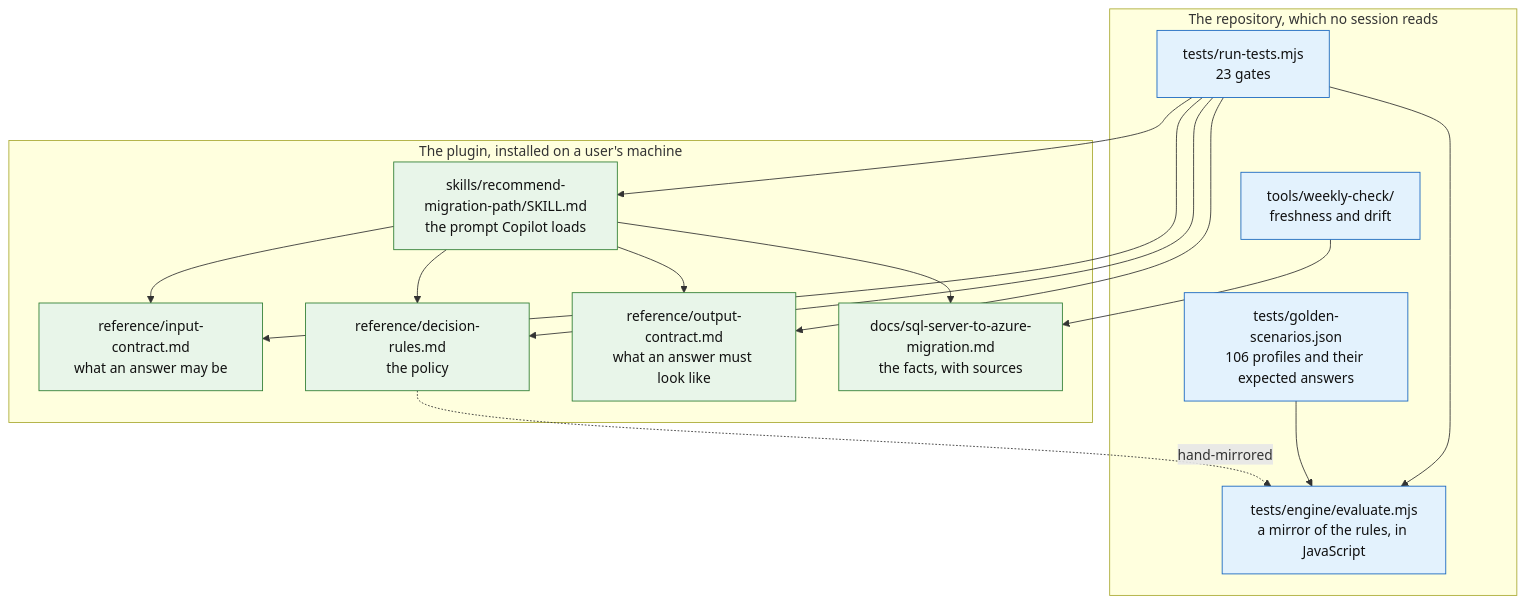
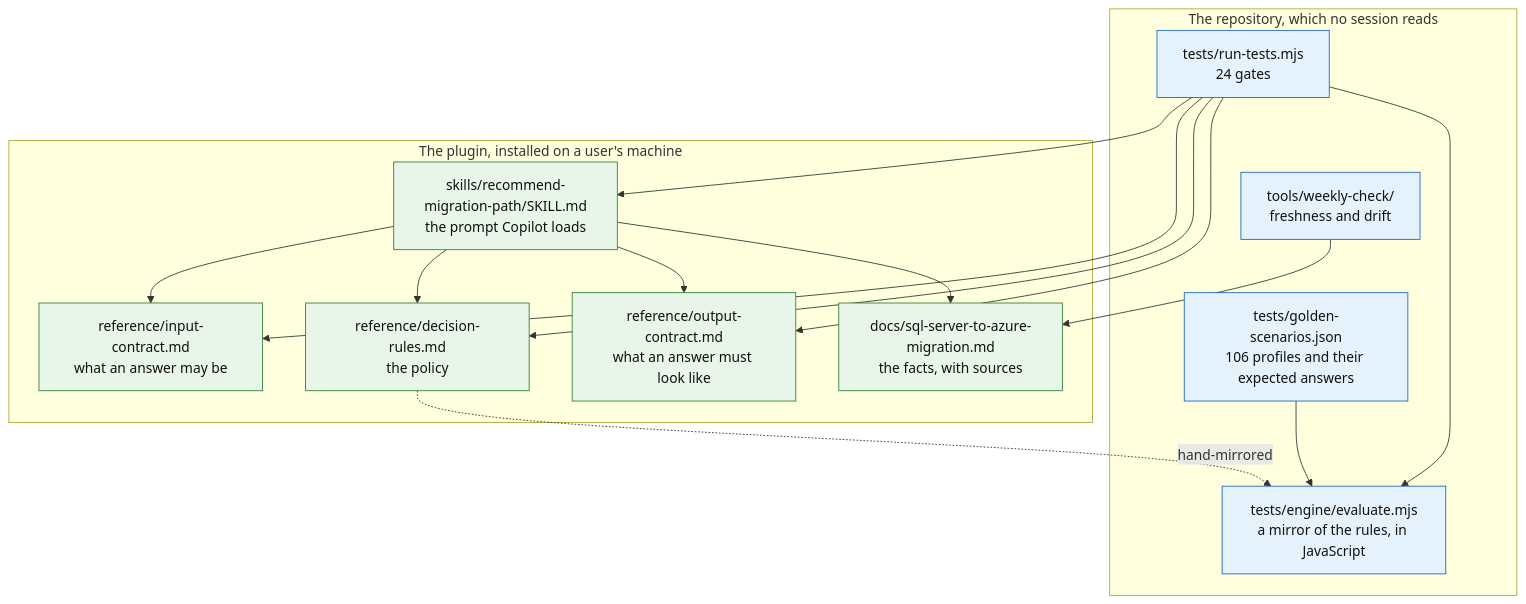
Before and after one commit to fredgis/sql-migration-advisor: the first of 3 diagrams in docs/ARCHITECTURE.md, drawn with Mermaid. The commit also changed other lines of this file and 5 other files, not shown here.

````diff
--- a/docs/ARCHITECTURE.md
+++ b/docs/ARCHITECTURE.md
@@ -28,35 +28,35 @@
 ```mermaid
 flowchart TD
     subgraph plugin["The plugin, installed on a user's machine"]
       SK["skills/recommend-migration-path/SKILL.md<br/>the prompt Copilot loads"]
       IC["reference/input-contract.md<br/>what an answer may be"]
       DR["reference/decision-rules.md<br/>the policy"]
       OC["reference/output-contract.md<br/>what an answer must look like"]
       KB["docs/sql-server-to-azure-migration.md<br/>the facts, with sources"]
     end
 
     subgraph repo["The repository, which no session reads"]
       EN["tests/engine/evaluate.mjs<br/>a mirror of the rules, in JavaScript"]
       GS["tests/golden-scenarios.json<br/>106 profiles and their expected answers"]
-      GA["tests/run-tests.mjs<br/>23 gates"]
+      GA["tests/run-tests.mjs<br/>24 gates"]
       WK["tools/weekly-check/<br/>freshness and drift"]
     end
 
     SK --> IC
     SK --> DR
     SK --> OC
     SK --> KB
     DR -.->|hand-mirrored| EN
     GS --> EN
     GA --> EN
     GA --> SK
     GA --> IC
     GA --> DR
     GA --> OC
     WK --> KB
 
     classDef live fill:#e8f5e9,stroke:#2e7d32,color:#111
     classDef test fill:#e3f2fd,stroke:#1565c0,color:#111
     class SK,IC,DR,OC,KB live
     class EN,GS,GA,WK test
 ```
````
